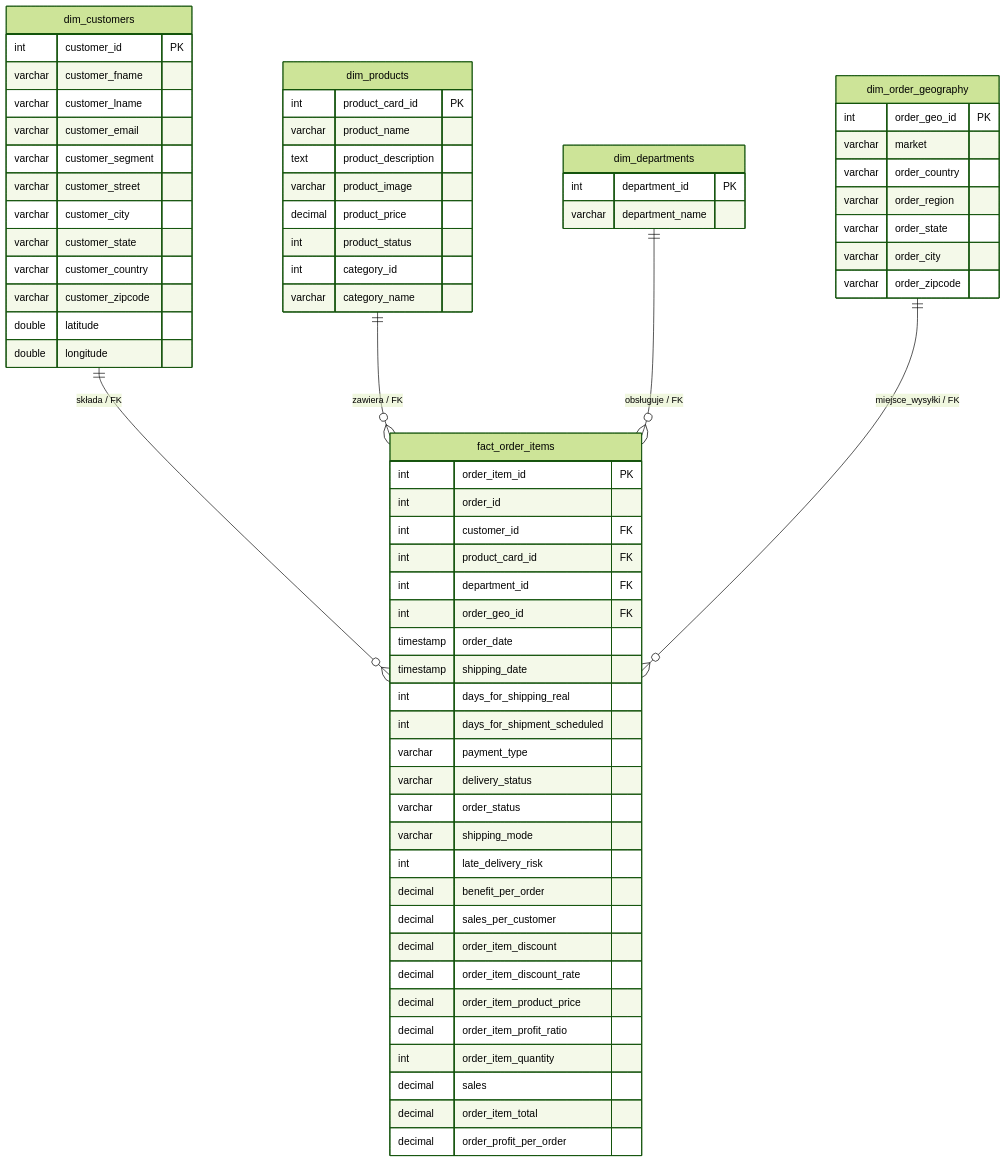
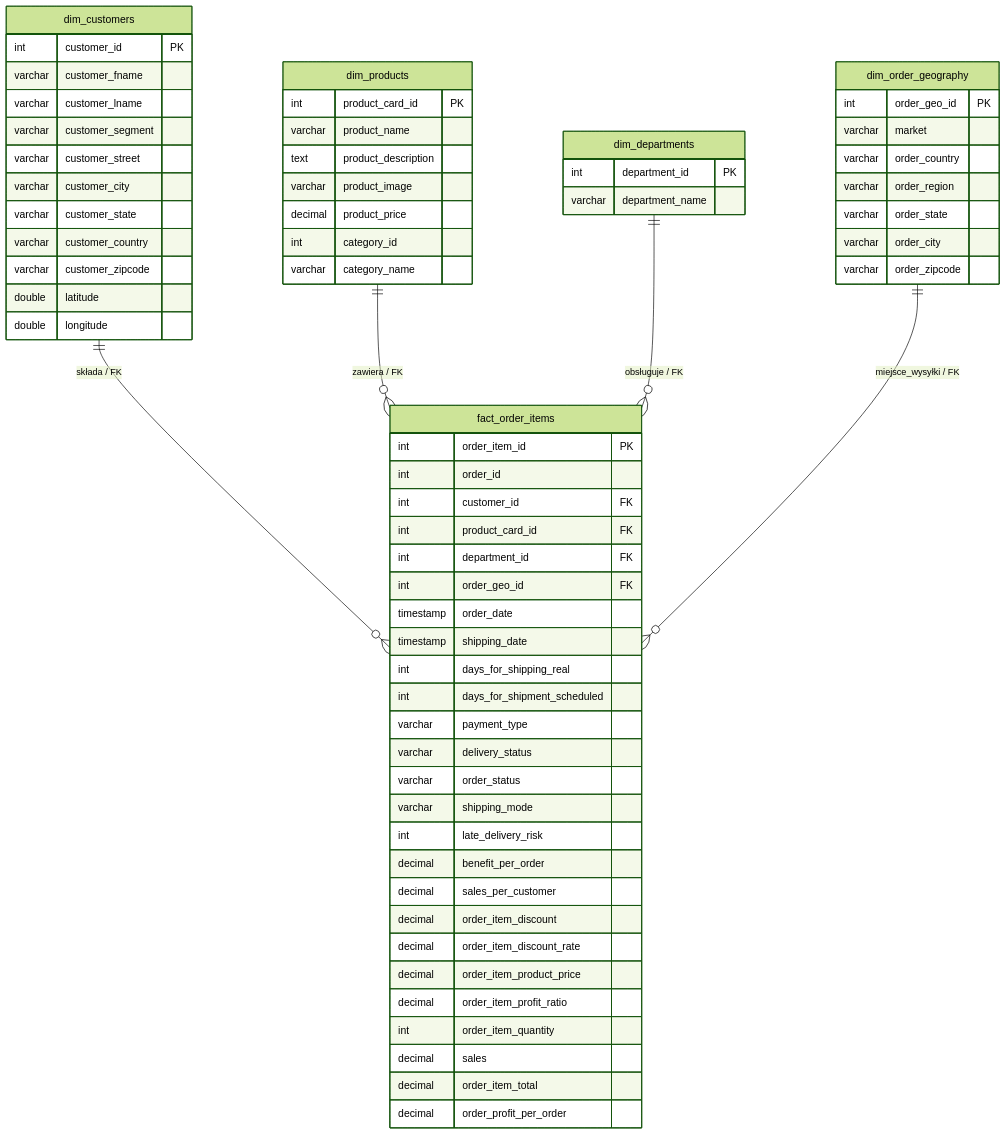
Before and after one commit to rafalrydzkowski/Supply_Chain_Data_Analysis: the diagram in data_integration.mmd, drawn with Mermaid (forest theme).

```diff
--- a/data_integration.mmd
+++ b/data_integration.mmd
@@ -1,74 +1,72 @@
 erDiagram
     dim_customers {
         int customer_id PK
         varchar customer_fname
         varchar customer_lname
-        varchar customer_email
         varchar customer_segment
         varchar customer_street
         varchar customer_city
         varchar customer_state
         varchar customer_country
         varchar customer_zipcode
         double latitude
         double longitude
     }
 
     dim_products {
         int product_card_id PK
         varchar product_name
         text product_description
         varchar product_image
         decimal product_price
-        int product_status
         int category_id
         varchar category_name
     }
 
     dim_departments {
         int department_id PK
         varchar department_name
     }
 
     dim_order_geography {
         int order_geo_id PK
         varchar market
         varchar order_country
         varchar order_region
         varchar order_state
         varchar order_city
         varchar order_zipcode
     }
 
     fact_order_items {
         int order_item_id PK
         int order_id
         int customer_id FK
         int product_card_id FK
         int department_id FK
         int order_geo_id FK
         timestamp order_date
         timestamp shipping_date
         int days_for_shipping_real
         int days_for_shipment_scheduled
         varchar payment_type
         varchar delivery_status
         varchar order_status
         varchar shipping_mode
         int late_delivery_risk
         decimal benefit_per_order
         decimal sales_per_customer
         decimal order_item_discount
         decimal order_item_discount_rate
         decimal order_item_product_price
         decimal order_item_profit_ratio
         int order_item_quantity
         decimal sales
         decimal order_item_total
         decimal order_profit_per_order
     }
 
     dim_customers ||--o{ fact_order_items : "składa / FK"
     dim_products ||--o{ fact_order_items : "zawiera / FK"
     dim_departments ||--o{ fact_order_items : "obsługuje / FK"
     dim_order_geography ||--o{ fact_order_items : "miejsce_wysyłki / FK"
```
